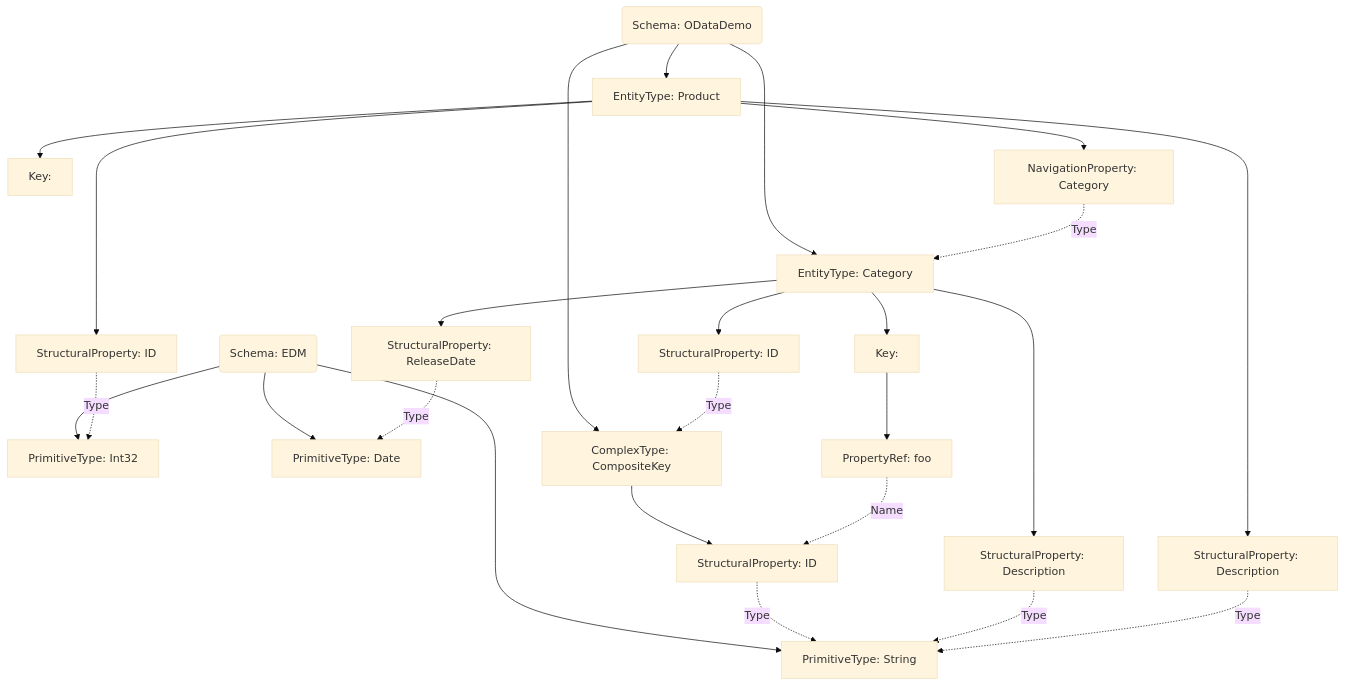
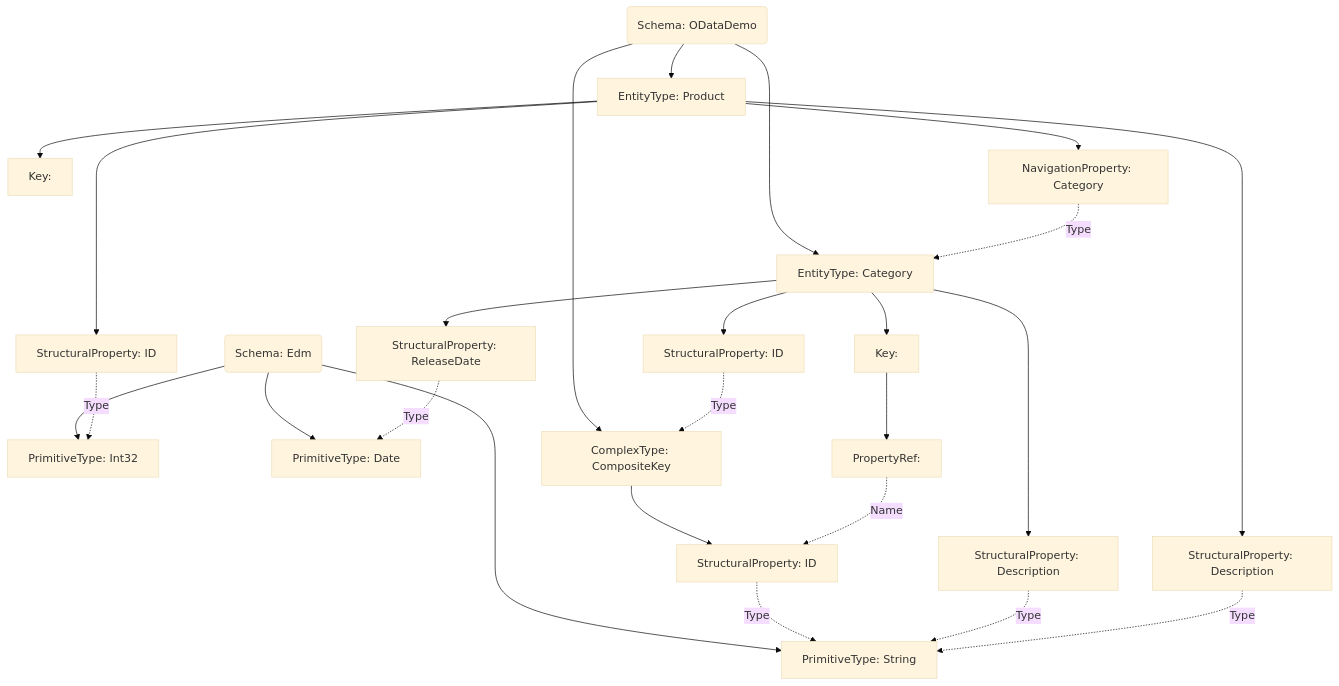
One commit to xtofs/mml changed the diagram in src/generated/model.md. Above: the diagram before and after it, drawn with Mermaid (base theme). The commit also changed 15 other files, not shown here.

````diff
--- a/src/generated/model.md
+++ b/src/generated/model.md
@@ -1,46 +1,46 @@
 ```mermaid
     graph
 
-    n0("Schema: EDM")
+    n0("Schema: Edm")
     n1["PrimitiveType: Int32"]
     n2["PrimitiveType: String"]
     n3["PrimitiveType: Date"]
     n4("Schema: ODataDemo")
     n5["ComplexType: CompositeKey"]
     n6["StructuralProperty: ID"]
     n7["EntityType: Category"]
-    n8["Key: "]
-    n9["PropertyRef: foo"]
-    n10["StructuralProperty: ID"]
-    n11["StructuralProperty: Description"]
-    n12["StructuralProperty: ReleaseDate"]
+    n8["StructuralProperty: ID"]
+    n9["StructuralProperty: Description"]
+    n10["StructuralProperty: ReleaseDate"]
+    n11["Key: "]
+    n12["PropertyRef: "]
     n13["EntityType: Product"]
     n14["Key: "]
     n15["StructuralProperty: ID"]
     n16["StructuralProperty: Description"]
     n17["NavigationProperty: Category"]
     n0-->n1
     n0-->n2
     n0-->n3
     n4-->n5
     n4-->n7
     n4-->n13
     n5-->n6
     n6-.->|Type|n2
     n7-->n8
+    n7-->n9
     n7-->n10
     n7-->n11
-    n7-->n12
-    n8-->n9
-    n9-.->|Name|n6
-    n10-.->|Type|n5
-    n11-.->|Type|n2
-    n12-.->|Type|n3
+    n8-.->|Type|n5
+    n9-.->|Type|n2
+    n10-.->|Type|n3
+    n11-->n12
+    n12-.->|Name|n6
     n13-->n14
     n13-->n15
     n13-->n16
     n13-->n17
     n15-.->|Type|n1
     n16-.->|Type|n2
     n17-.->|Type|n7
 ```
````
